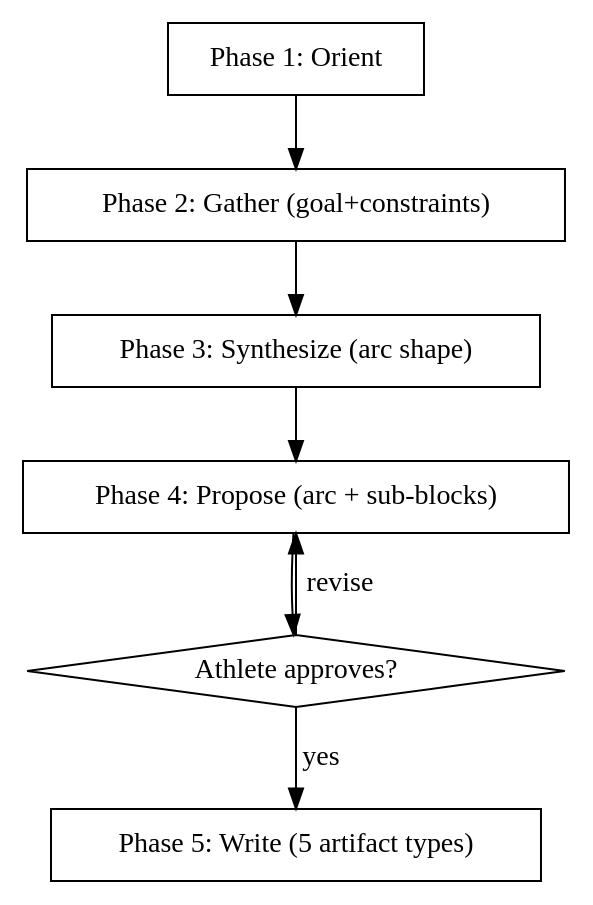
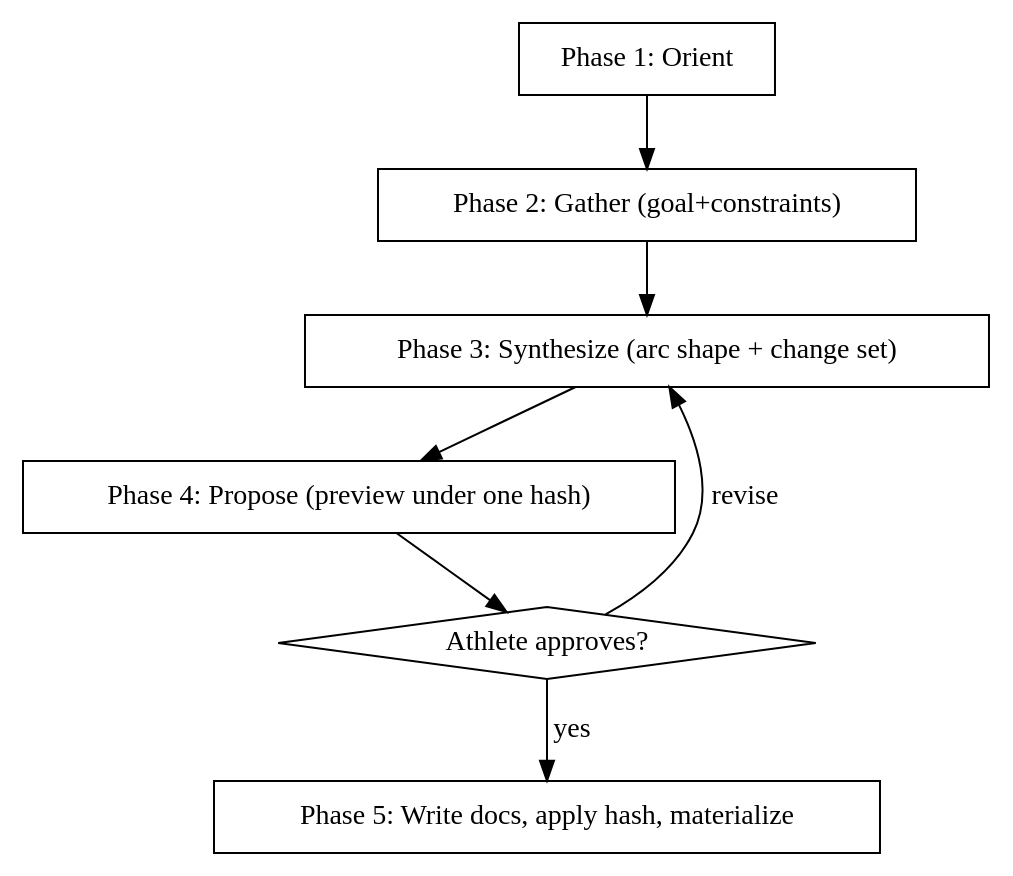
The diagram in skills/set-goal/SKILL.md (isparling/engram-coach), drawn with Graphviz before and after one commit. The commit also changed other lines of this file and 43 other files, not shown here.

````diff
--- a/skills/set-goal/SKILL.md
+++ b/skills/set-goal/SKILL.md
@@ -22,17 +24,17 @@
 ```dot
 digraph set_goal {
     "Phase 1: Orient" [shape=box];
     "Phase 2: Gather (goal+constraints)" [shape=box];
-    "Phase 3: Synthesize (arc shape)" [shape=box];
-    "Phase 4: Propose (arc + sub-blocks)" [shape=box];
+    "Phase 3: Synthesize (arc shape + change set)" [shape=box];
+    "Phase 4: Propose (preview under one hash)" [shape=box];
     "Athlete approves?" [shape=diamond];
-    "Phase 5: Write (5 artifact types)" [shape=box];
+    "Phase 5: Write docs, apply hash, materialize" [shape=box];
 
     "Phase 1: Orient" -> "Phase 2: Gather (goal+constraints)";
-    "Phase 2: Gather (goal+constraints)" -> "Phase 3: Synthesize (arc shape)";
-    "Phase 3: Synthesize (arc shape)" -> "Phase 4: Propose (arc + sub-blocks)";
-    "Phase 4: Propose (arc + sub-blocks)" -> "Athlete approves?";
-    "Athlete approves?" -> "Phase 5: Write (5 artifact types)" [label="yes"];
-    "Athlete approves?" -> "Phase 4: Propose (arc + sub-blocks)" [label="revise"];
+    "Phase 2: Gather (goal+constraints)" -> "Phase 3: Synthesize (arc shape + change set)";
+    "Phase 3: Synthesize (arc shape + change set)" -> "Phase 4: Propose (preview under one hash)";
+    "Phase 4: Propose (preview under one hash)" -> "Athlete approves?";
+    "Athlete approves?" -> "Phase 5: Write docs, apply hash, materialize" [label="yes"];
+    "Athlete approves?" -> "Phase 3: Synthesize (arc shape + change set)" [label="revise"];
 }
 ```
````
